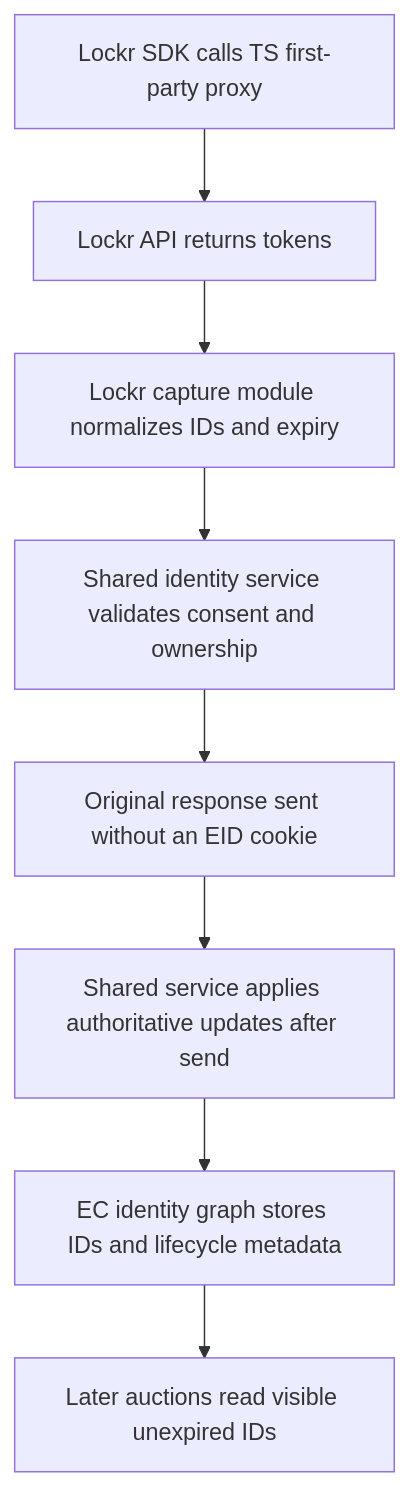
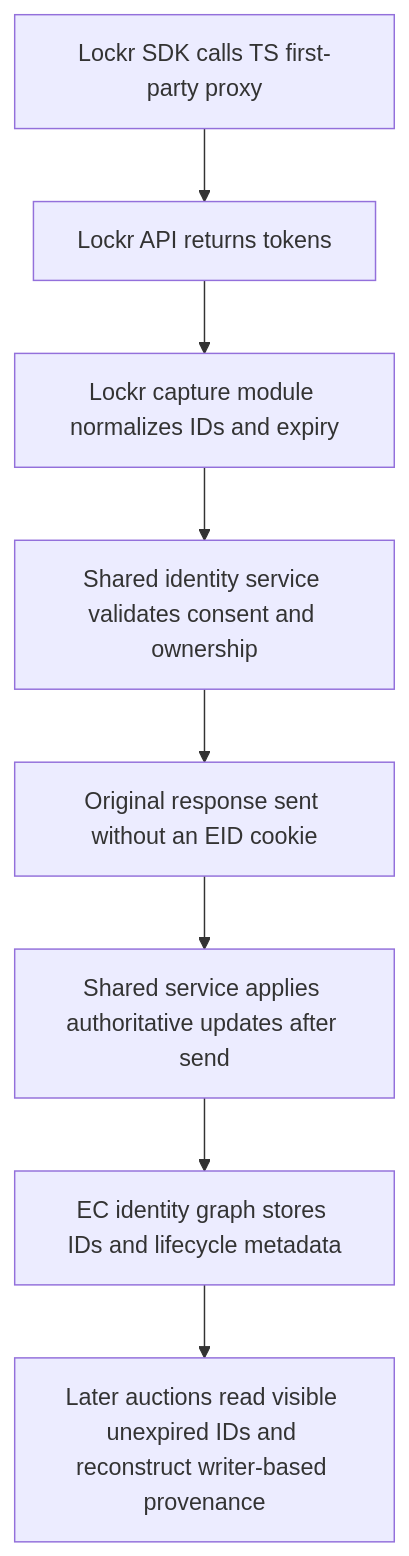
The diagram in docs/superpowers/specs/2026-10-08-lockr-identity-capture-design.md (IABTechLab/trusted-server), drawn with Mermaid before and after one commit. The commit also changed other lines of this file and 6 other files, not shown here.

First line of the commit message:
Reconstruct provenance for Lockr-captured ID5 IDs

````diff
--- a/docs/superpowers/specs/2026-10-08-lockr-identity-capture-design.md
+++ b/docs/superpowers/specs/2026-10-08-lockr-identity-capture-design.md
@@ -261,10 +283,10 @@
 ```mermaid
 flowchart TD
     A[Lockr SDK calls TS first-party proxy] --> B[Lockr API returns tokens]
     B --> C[Lockr capture module normalizes IDs and expiry]
     C --> D[Shared identity service validates consent and ownership]
     D --> E[Original response sent without an EID cookie]
     E --> F[Shared service applies authoritative updates after send]
     F --> G[EC identity graph stores IDs and lifecycle metadata]
-    G --> H[Later auctions read visible unexpired IDs]
+    G --> H[Later auctions read visible unexpired IDs and reconstruct writer-based provenance]
 ```
````
